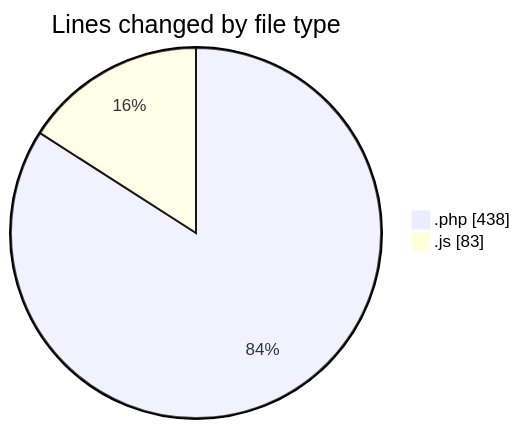
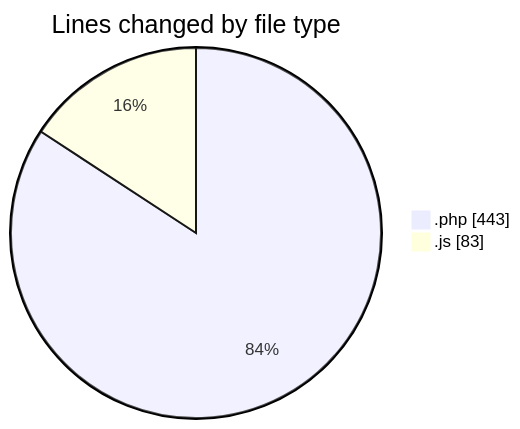
The first of 2 diagrams in 2025-03-25/kml/README.md (LanceThiago/code-tracking), drawn with Mermaid before and after one commit. The commit also changed other lines of this file and 1 other file, not shown here.

````diff
--- a/2025-03-25/kml/README.md
+++ b/2025-03-25/kml/README.md
@@ -22,6 +22,6 @@
 ```mermaid
 pie showData
 title Lines changed by file type
-".php" : 438
+".php" : 443
 ".js" : 83
 ```
````
